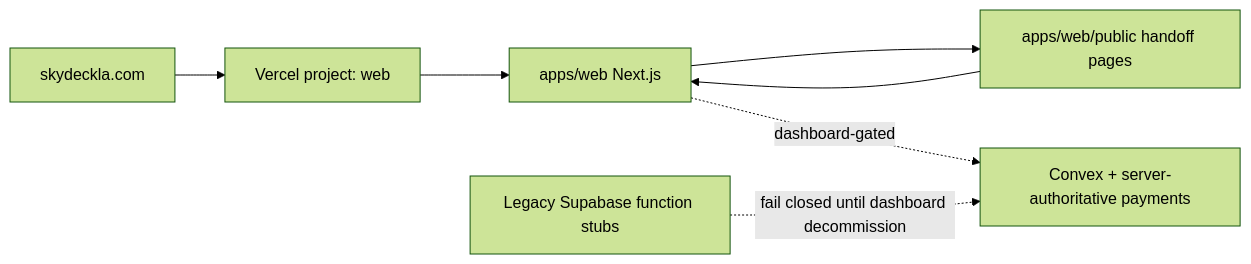
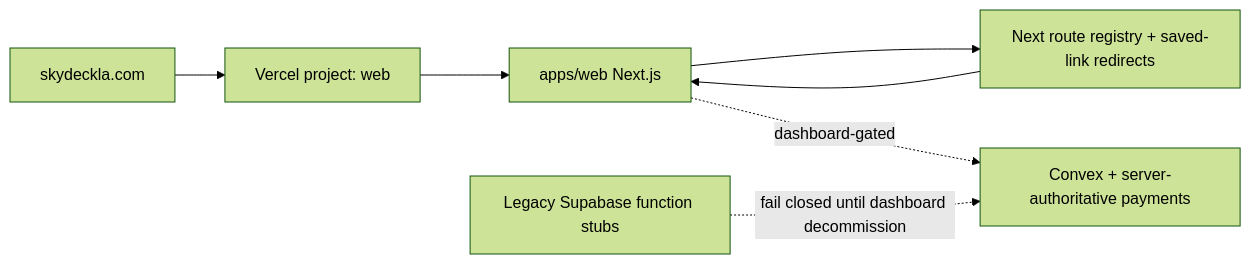
The diagram in README.md (junyengit/skyla), drawn with Mermaid (forest theme) before and after one commit. The commit also changed other lines of this file and 38 other files, not shown here.

````diff
--- a/README.md
+++ b/README.md
@@ -27,15 +27,14 @@
 ```mermaid
 flowchart LR
   domain["skydeckla.com"]
   vercel["Vercel project: web"]
   web["apps/web Next.js"]
-  bridge["apps/web/public handoff pages"]
+  redirects["Next route registry + saved-link redirects"]
   convex["Convex + server-authoritative payments"]
   supabase["Legacy Supabase function stubs"]
 
   domain --> vercel --> web
-  web --> bridge
-  bridge --> web
+  web --> redirects --> web
   web -. "dashboard-gated" .-> convex
   supabase -. "fail closed until dashboard decommission" .-> convex
 ```
````
